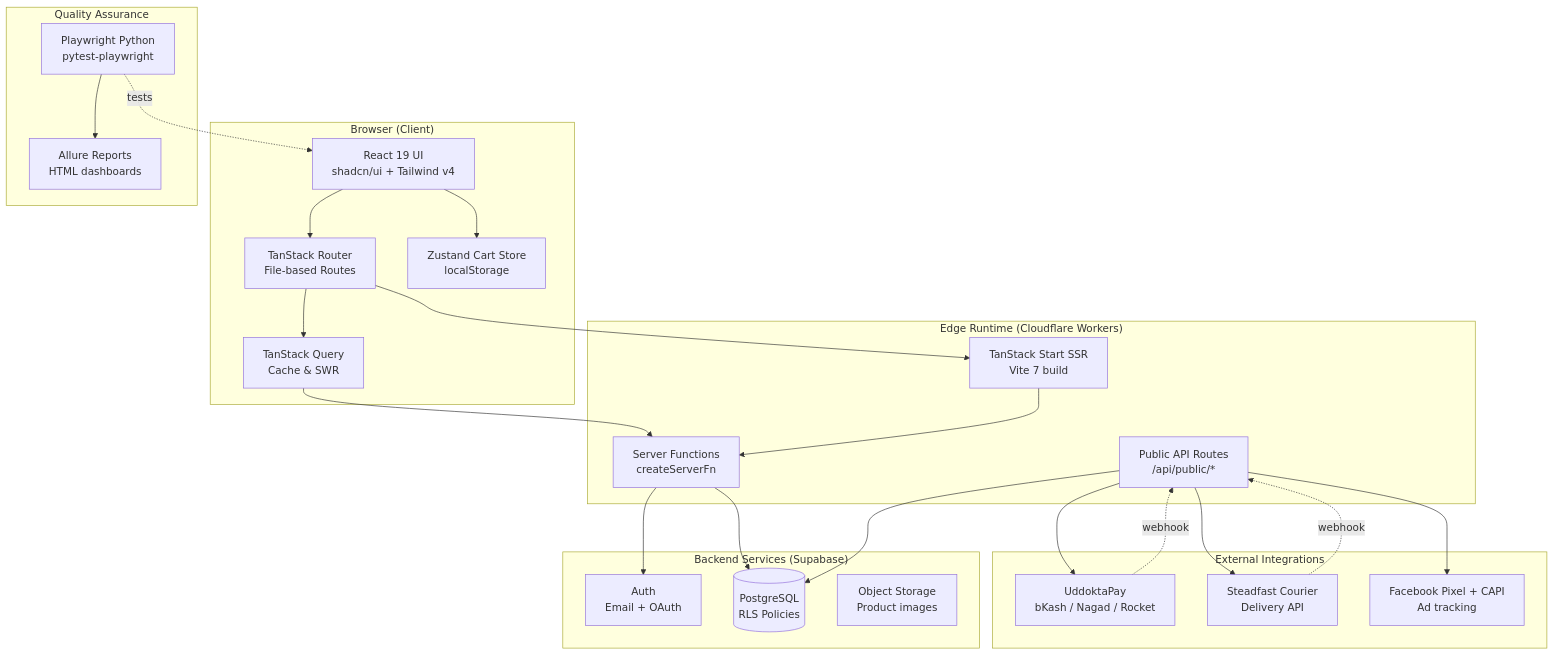
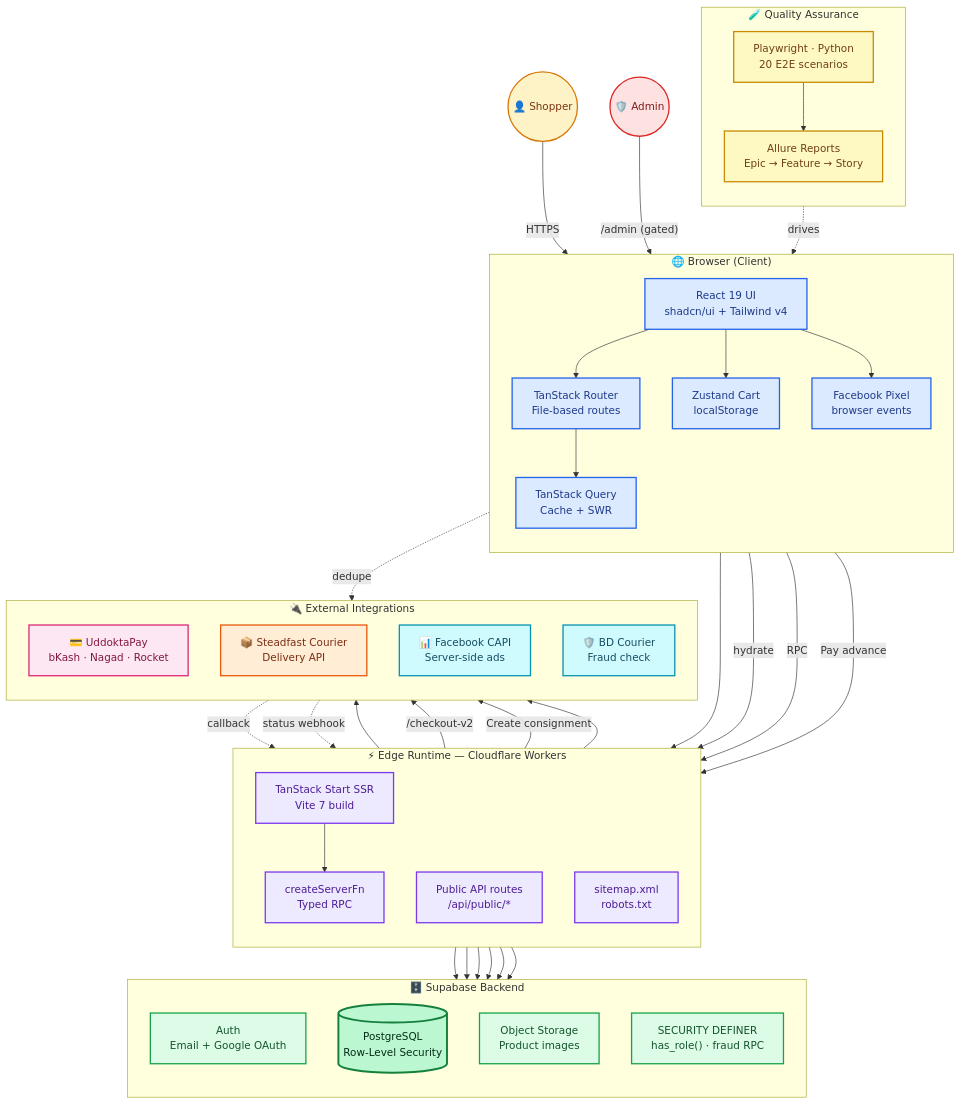
One commit to AvijitChowdhury/Medi-Care-Express-E-Commerce-Website-with-Playwright-Automated-E2E-Testing changed the diagram in docs/architecture.mmd. Above: the diagram before and after it, drawn with Mermaid. The commit also changed 2 other files, not shown here.

```diff
--- a/docs/architecture.mmd
+++ b/docs/architecture.mmd
@@ -1,47 +1,82 @@
+%% Medicare BD — Full System Architecture
 graph TB
-  subgraph Client["Browser (Client)"]
-    UI[React 19 UI<br/>shadcn/ui + Tailwind v4]
-    Router[TanStack Router<br/>File-based Routes]
-    Query[TanStack Query<br/>Cache & SWR]
-    Cart[Zustand Cart Store<br/>localStorage]
+  User((👤 Shopper)):::user
+  Admin((🛡️ Admin)):::admin
+
+  subgraph Client["🌐 Browser (Client)"]
+    direction TB
+    UI["React 19 UI<br/>shadcn/ui + Tailwind v4"]:::client
+    Router["TanStack Router<br/>File-based routes"]:::client
+    Query["TanStack Query<br/>Cache + SWR"]:::client
+    Cart["Zustand Cart<br/>localStorage"]:::client
+    Pixel["Facebook Pixel<br/>browser events"]:::client
   end
 
-  subgraph Edge["Edge Runtime (Cloudflare Workers)"]
-    SSR[TanStack Start SSR<br/>Vite 7 build]
-    ServerFns[Server Functions<br/>createServerFn]
-    APIRoutes[Public API Routes<br/>/api/public/*]
+  subgraph Edge["⚡ Edge Runtime — Cloudflare Workers"]
+    direction TB
+    SSR["TanStack Start SSR<br/>Vite 7 build"]:::edge
+    ServerFns["createServerFn<br/>Typed RPC"]:::edge
+    APIRoutes["Public API routes<br/>/api/public/*"]:::edge
+    Sitemap["sitemap.xml<br/>robots.txt"]:::edge
   end
 
-  subgraph Backend["Backend Services (Supabase)"]
-    Auth[Auth<br/>Email + OAuth]
-    DB[(PostgreSQL<br/>RLS Policies)]
-    Storage[Object Storage<br/>Product images]
+  subgraph Backend["🗄️ Supabase Backend"]
+    direction TB
+    Auth["Auth<br/>Email + Google OAuth"]:::backend
+    DB[("PostgreSQL<br/>Row-Level Security")]:::db
+    Storage["Object Storage<br/>Product images"]:::backend
+    RPC["SECURITY DEFINER<br/>has_role() · fraud RPC"]:::backend
   end
 
-  subgraph External["External Integrations"]
-    Uddokta[UddoktaPay<br/>bKash / Nagad / Rocket]
-    Steadfast[Steadfast Courier<br/>Delivery API]
-    FBP[Facebook Pixel + CAPI<br/>Ad tracking]
+  subgraph External["🔌 External Integrations"]
+    direction TB
+    Uddokta["💳 UddoktaPay<br/>bKash · Nagad · Rocket"]:::pay
+    Steadfast["📦 Steadfast Courier<br/>Delivery API"]:::ship
+    FBCAPI["📊 Facebook CAPI<br/>Server-side ads"]:::analytics
+    BDCourier["🛡️ BD Courier<br/>Fraud check"]:::analytics
   end
 
-  subgraph QA["Quality Assurance"]
-    PW[Playwright Python<br/>pytest-playwright]
-    Allure[Allure Reports<br/>HTML dashboards]
+  subgraph QA["🧪 Quality Assurance"]
+    direction TB
+    PW["Playwright · Python<br/>20 E2E scenarios"]:::qa
+    Allure["Allure Reports<br/>Epic → Feature → Story"]:::qa
   end
 
+  User -->|HTTPS| UI
+  Admin -->|"/admin (gated)"| UI
   UI --> Router --> Query
   UI --> Cart
-  Query --> ServerFns
+  UI --> Pixel
   Router --> SSR
+  Query -->|hydrate| SSR
   SSR --> ServerFns
+  Query -->|RPC| ServerFns
+  ServerFns --> Auth
   ServerFns --> DB
-  ServerFns --> Auth
-  APIRoutes --> Uddokta
-  APIRoutes --> Steadfast
-  APIRoutes --> FBP
+  ServerFns --> Storage
+  ServerFns --> RPC
+  ServerFns --> BDCourier
   APIRoutes --> DB
-  Uddokta -.webhook.-> APIRoutes
-  Steadfast -.webhook.-> APIRoutes
+  Sitemap --> DB
 
-  PW -.tests.-> UI
+  UI -->|"Pay advance"| APIRoutes
+  APIRoutes -->|"/checkout-v2"| Uddokta
+  Uddokta -.callback.-> APIRoutes
+  APIRoutes -->|"Create consignment"| Steadfast
+  Steadfast -.status webhook.-> APIRoutes
+  Pixel -.dedupe.-> FBCAPI
+  APIRoutes --> FBCAPI
+
+  PW -.drives.-> UI
   PW --> Allure
+
+  classDef user fill:#fef3c7,stroke:#d97706,stroke-width:2px,color:#78350f
+  classDef admin fill:#fee2e2,stroke:#dc2626,stroke-width:2px,color:#7f1d1d
+  classDef client fill:#dbeafe,stroke:#2563eb,stroke-width:2px,color:#1e3a8a
+  classDef edge fill:#ede9fe,stroke:#7c3aed,stroke-width:2px,color:#4c1d95
+  classDef backend fill:#dcfce7,stroke:#16a34a,stroke-width:2px,color:#14532d
+  classDef db fill:#bbf7d0,stroke:#15803d,stroke-width:3px,color:#052e16
+  classDef pay fill:#fce7f3,stroke:#db2777,stroke-width:2px,color:#831843
+  classDef ship fill:#ffedd5,stroke:#ea580c,stroke-width:2px,color:#7c2d12
+  classDef analytics fill:#cffafe,stroke:#0891b2,stroke-width:2px,color:#164e63
+  classDef qa fill:#fef9c3,stroke:#ca8a04,stroke-width:2px,color:#713f12
```
